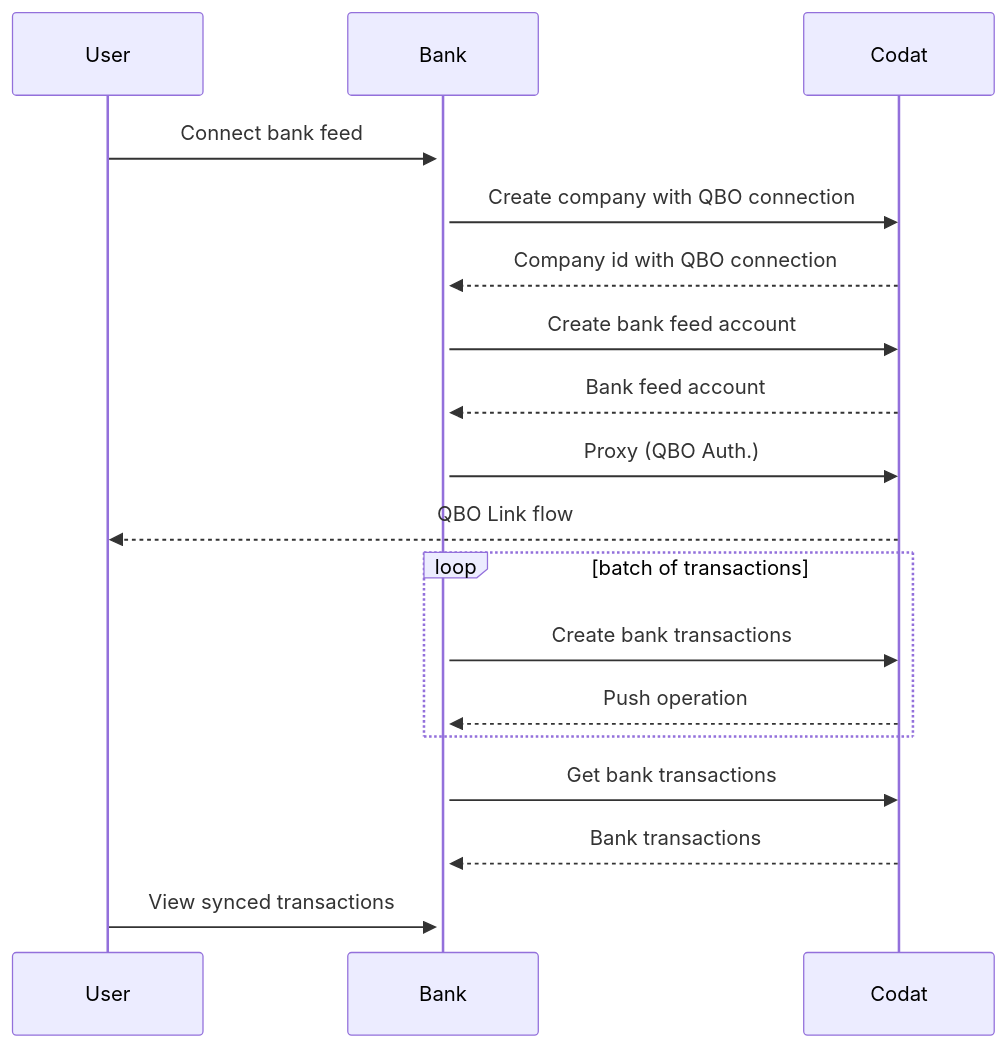
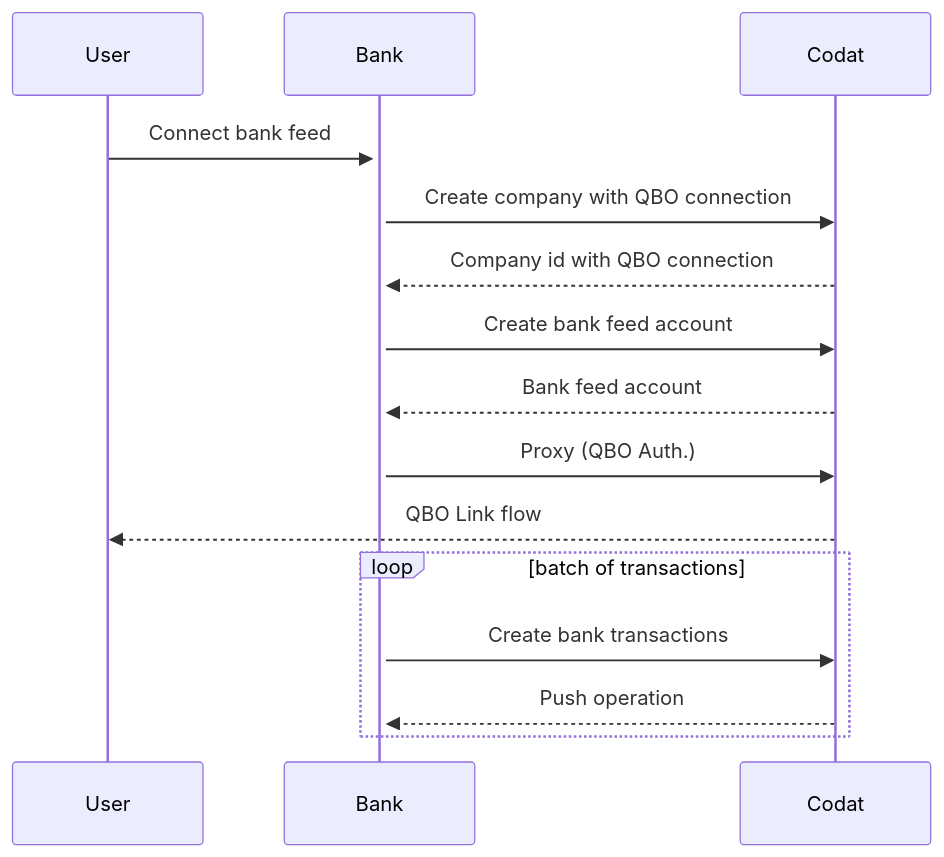
The diagram in docs/guides/bank-feeds-tutorial.md (codatio/codat-docs), drawn with Mermaid before and after one commit. The commit also changed other lines of this file and 1 other file, not shown here.

````diff
--- a/docs/guides/bank-feeds-tutorial.md
+++ b/docs/guides/bank-feeds-tutorial.md
@@ -102,20 +96,17 @@
 ``` mermaid
     sequenceDiagram
         participant frontend as User 
         participant backend as Bank
         participant codat as Codat
         frontend ->>+ backend: Connect bank feed
         backend ->> codat: Create company with QBO connection
         codat -->> backend: Company id with QBO connection
         backend ->> codat: Create bank feed account
         codat -->> backend: Bank feed account
         backend ->> codat: Proxy (QBO Auth.)
         codat -->> frontend: QBO Link flow
         loop batch of transactions
             backend ->> codat: Create bank transactions
             codat -->> backend: Push operation
         end
-        backend ->> codat: Get bank transactions
-        codat -->> backend: Bank transactions
-        frontend ->> backend: View synced transactions
 ```
````
